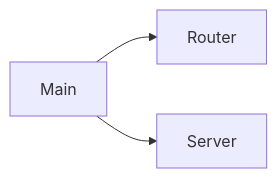
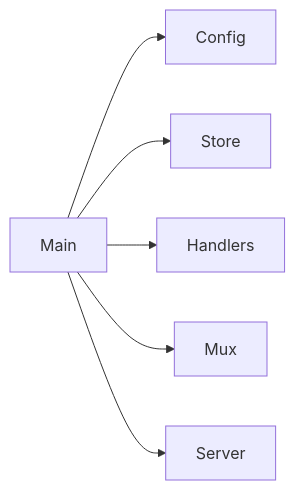
Before and after one commit to limistah/go-url-shortener: the second of 11 diagrams in docs/walkthrough.md, drawn with Mermaid. The commit also changed other lines of this file and 48 other files, not shown here.

````diff
--- a/docs/walkthrough.md
+++ b/docs/walkthrough.md
@@ -43,5 +34,8 @@
 ```mermaid
 flowchart LR
-  Main --> Router
+  Main --> Config
+  Main --> Store
+  Main --> Handlers
+  Main --> Mux
   Main --> Server
 ```
````
